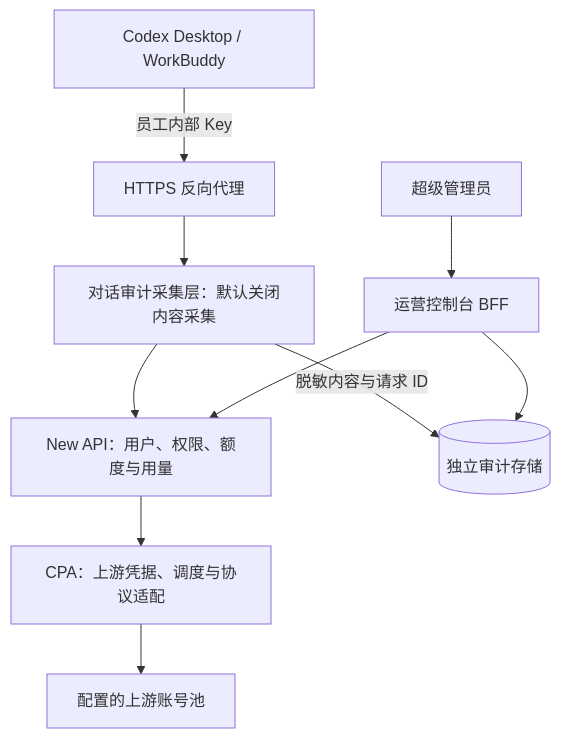
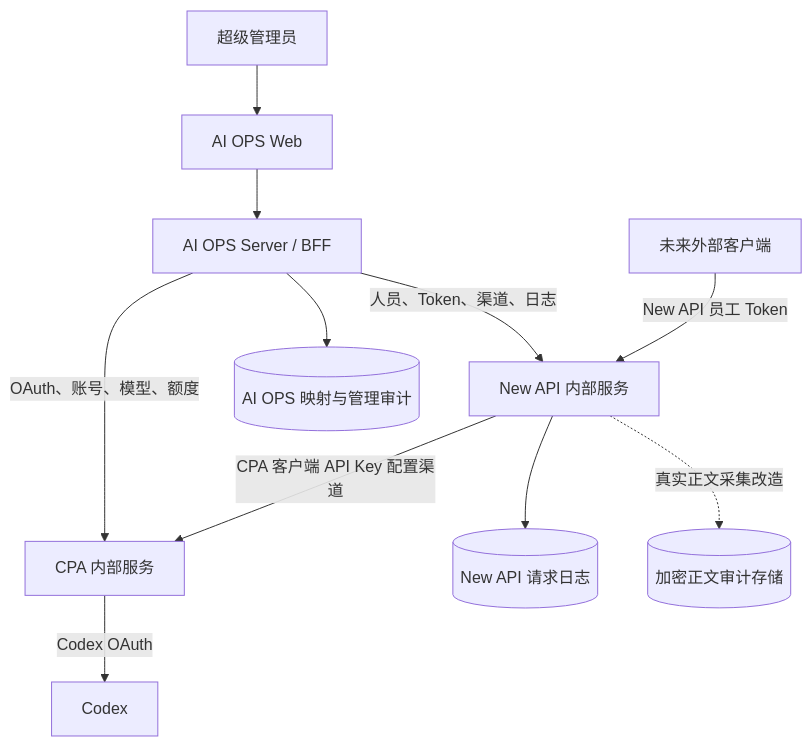
One commit to wqdcjnb/ai-ops-platform changed the diagram in docs-site/content/technical/architecture.md. Above: the diagram before and after it, drawn with Mermaid. The commit also changed other lines of this file and 149 other files, not shown here.

````diff
--- a/docs-site/content/technical/architecture.md
+++ b/docs-site/content/technical/architecture.md
@@ -7,12 +7,13 @@
 ```mermaid
 flowchart TB
-  C[Codex Desktop / WorkBuddy] -->|员工内部 Key| E[HTTPS 反向代理]
-  E --> Q[对话审计采集层：默认关闭内容采集]
-  Q --> N[New API：用户、权限、额度与用量]
-  N --> P[CPA：上游凭据、调度与协议适配]
-  P --> U[配置的上游账号池]
-  Q -->|脱敏内容与请求 ID| S[(独立审计存储)]
-  A[超级管理员] --> B[运营控制台 BFF]
-  B --> N
-  B --> S
+  A[超级管理员] --> W[AI OPS Web]
+  W --> B[AI OPS Server / BFF]
+  B -->|人员、Token、渠道、日志| N[New API 内部服务]
+  B -->|OAuth、账号、模型、额度| C[CPA 内部服务]
+  N -->|CPA 客户端 API Key 配置渠道| C
+  C -->|Codex OAuth| X[Codex]
+  B --> M[(AI OPS 映射与管理审计)]
+  N --> L[(New API 请求日志)]
+  N -.真实正文采集改造.-> R[(加密正文审计存储)]
+  E[未来外部客户端] -->|New API 员工 Token| N
 ```
````
